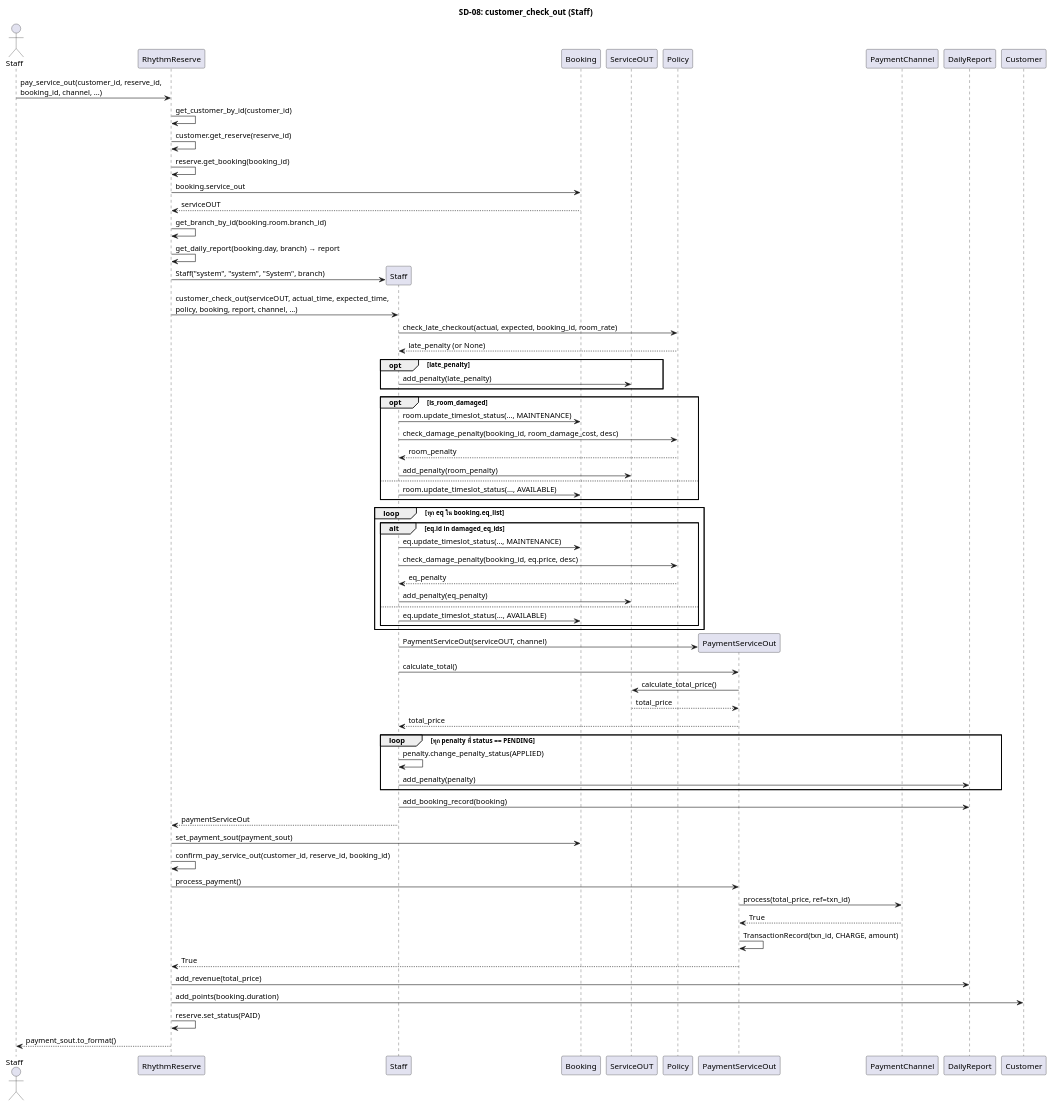
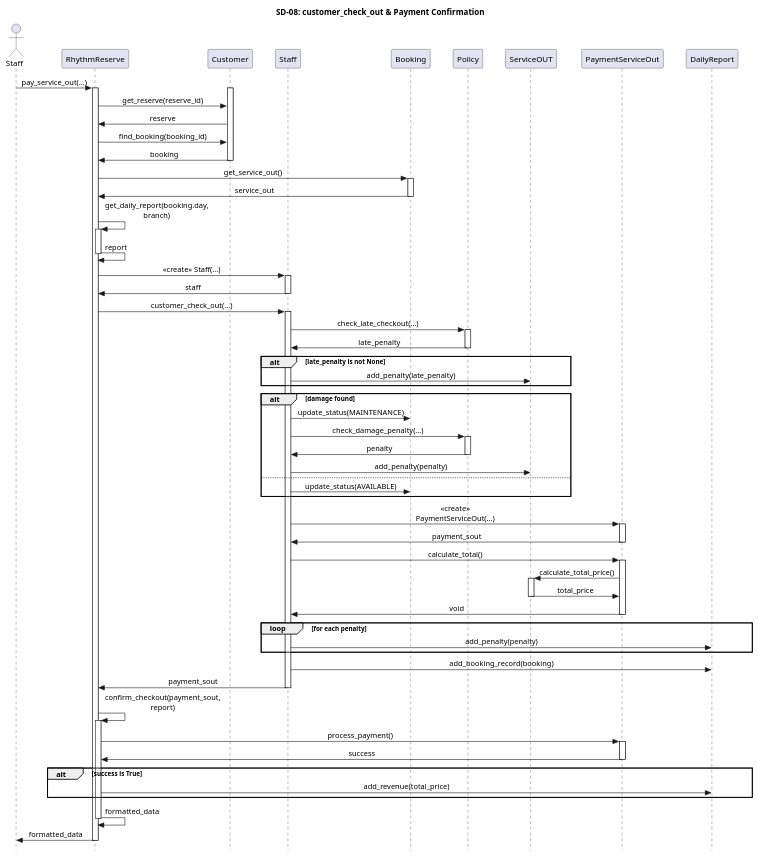
The diagram in diagram/sequence_diagram/9final_sequence/sd_08_customer_check_out.puml (pjngth998/RhythmReserve), drawn with PlantUML before and after one commit. The commit also changed 4 other files, not shown here.

```diff
--- a/diagram/sequence_diagram/9final_sequence/sd_08_customer_check_out.puml
+++ b/diagram/sequence_diagram/9final_sequence/sd_08_customer_check_out.puml
@@ -1,83 +1,107 @@
 @startuml
-title SD-08: customer_check_out (Staff)
+title SD-08: customer_check_out & Payment Confirmation
+
+skinparam Style strictuml
+skinparam MaxMessageSize 150
+skinparam sequence {
+    MessageAlignment center
+    ParticipantPadding 15
+}
 
 actor Staff as S
 participant "RhythmReserve" as RR
+participant "Customer" as CUS
 participant "Staff" as ST
 participant "Booking" as BK
+participant "Policy" as POL
 participant "ServiceOUT" as SOUT
-participant "Policy" as POL
 participant "PaymentServiceOut" as PSOUT
-participant "PaymentChannel" as CHAN
 participant "DailyReport" as RPT
-participant "Customer" as CUS
 
-S -> RR : pay_service_out(customer_id, reserve_id,\nbooking_id, channel, ...)
+S -> RR : pay_service_out(...)
+activate RR
 
-RR -> RR : get_customer_by_id(customer_id)
-RR -> RR : customer.get_reserve(reserve_id)
-RR -> RR : reserve.get_booking(booking_id)
-RR -> BK : booking.service_out
-BK --> RR : serviceOUT
+activate CUS
+RR -> CUS : get_reserve(reserve_id)
+CUS -> RR : reserve
+RR -> CUS : find_booking(booking_id)
+CUS -> RR : booking
+deactivate CUS
 
-RR -> RR : get_branch_by_id(booking.room.branch_id)
-RR -> RR : get_daily_report(booking.day, branch) → report
+RR -> BK : get_service_out()
+activate BK
+BK -> RR : service_out
+deactivate BK
 
-RR -> ST ** : Staff("system", "system", "System", branch)
-RR -> ST : customer_check_out(serviceOUT, actual_time, expected_time,\npolicy, booking, report, channel, ...)
+RR -> RR : get_daily_report(booking.day, branch)
+activate RR 
+RR -> RR : report
+deactivate RR
 
-    ST -> POL : check_late_checkout(actual, expected, booking_id, room_rate)
-    POL --> ST : late_penalty (or None)
-    opt late_penalty
-        ST -> SOUT : add_penalty(late_penalty)
-    end
+RR -> ST  : <<create>> Staff(...)
+activate ST
+ST -> RR : staff
+deactivate ST
 
-    opt is_room_damaged
-        ST -> BK : room.update_timeslot_status(..., MAINTENANCE)
-        ST -> POL : check_damage_penalty(booking_id, room_damage_cost, desc)
-        POL --> ST : room_penalty
-        ST -> SOUT : add_penalty(room_penalty)
-    else
-        ST -> BK : room.update_timeslot_status(..., AVAILABLE)
-    end
+RR -> ST : customer_check_out(...)
+activate ST
+    
+ST -> POL : check_late_checkout(...)
+activate POL
+POL -> ST : late_penalty
+deactivate POL
 
-    loop ทุก eq ใน booking.eq_list
-        alt eq.id in damaged_eq_ids
-            ST -> BK : eq.update_timeslot_status(..., MAINTENANCE)
-            ST -> POL : check_damage_penalty(booking_id, eq.price, desc)
-            POL --> ST : eq_penalty
-            ST -> SOUT : add_penalty(eq_penalty)
-        else
-            ST -> BK : eq.update_timeslot_status(..., AVAILABLE)
-        end
-    end
+alt late_penalty is not None
+    ST -> SOUT : add_penalty(late_penalty)
+end
 
-    ST -> PSOUT ** : PaymentServiceOut(serviceOUT, channel)
-    ST -> PSOUT : calculate_total()
-    PSOUT -> SOUT : calculate_total_price()
-    SOUT --> PSOUT : total_price
-    PSOUT --> ST : total_price
+alt damage found
+    ST -> BK : update_status(MAINTENANCE)
+    ST -> POL : check_damage_penalty(...)
+    activate POL
+    POL -> ST : penalty
+    deactivate POL
+    ST -> SOUT : add_penalty(penalty)
+else
+    ST -> BK : update_status(AVAILABLE)
+end
 
-    loop ทุก penalty ที่ status == PENDING
-        ST -> ST : penalty.change_penalty_status(APPLIED)
-        ST -> RPT : add_penalty(penalty)
-    end
+ST -> PSOUT : <<create>> PaymentServiceOut(...)
+activate PSOUT
+PSOUT -> ST : payment_sout
+deactivate PSOUT
 
-    ST -> RPT : add_booking_record(booking)
-    ST --> RR : paymentServiceOut
+ST -> PSOUT : calculate_total()
+activate PSOUT
+PSOUT -> SOUT : calculate_total_price()
+activate SOUT
+SOUT -> PSOUT : total_price
+deactivate SOUT
+PSOUT -> ST : void
+deactivate PSOUT
 
-RR -> BK : set_payment_sout(payment_sout)
+loop for each penalty
+    ST -> RPT : add_penalty(penalty)
+end
 
-RR -> RR : confirm_pay_service_out(customer_id, reserve_id, booking_id)
+ST -> RPT : add_booking_record(booking)
+ST -> RR : payment_sout
+deactivate ST
+RR -> RR : confirm_checkout(payment_sout, report)
+activate RR 
 RR -> PSOUT : process_payment()
-PSOUT -> CHAN : process(total_price, ref=txn_id)
-CHAN --> PSOUT : True
-PSOUT -> PSOUT : TransactionRecord(txn_id, CHARGE, amount)
-PSOUT --> RR : True
+activate PSOUT
+PSOUT -> RR : success
+deactivate PSOUT
 
-RR -> RPT : add_revenue(total_price)
-RR -> CUS : add_points(booking.duration)
-RR -> RR : reserve.set_status(PAID)
-RR --> S : payment_sout.to_format()
+alt success is True
+    RR -> RPT : add_revenue(total_price)
+end
+
+RR -> RR : formatted_data
+deactivate RR
+
+RR -> S : formatted_data
+deactivate RR
 
 @enduml
```
